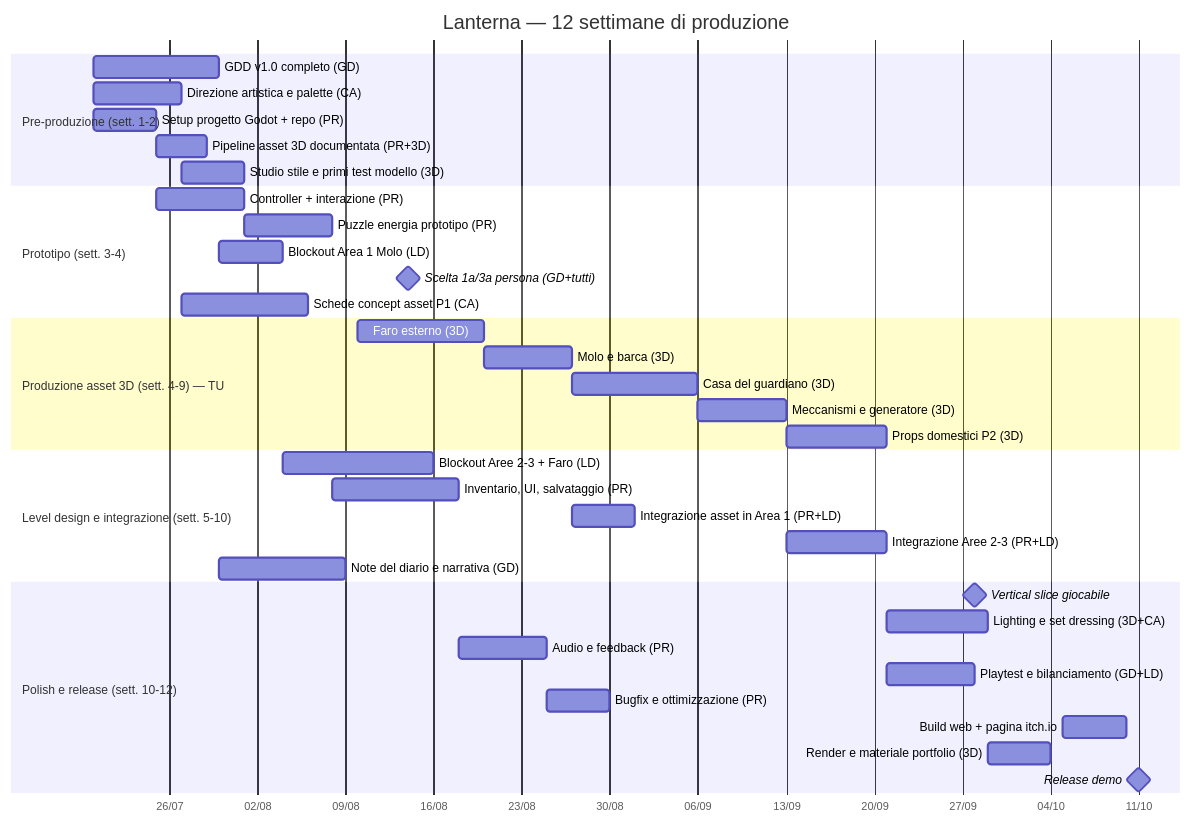
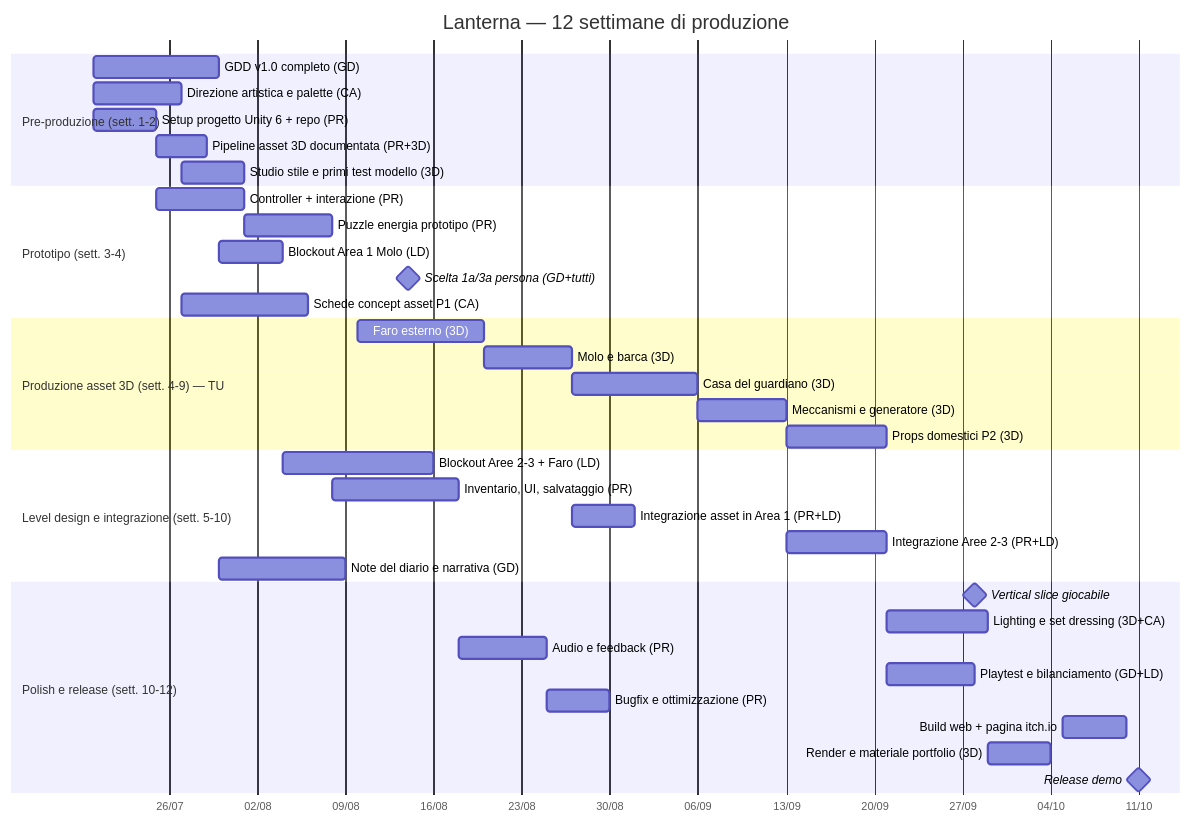
Before and after one commit to Fra360/prima-pr-demo: the diagram in docs/PIANO-DI-PRODUZIONE.md, drawn with Mermaid. The commit also changed other lines of this file and 2 other files, not shown here.

Commit message:
Passa da Godot 4 a Unity 6 come motore di gioco
Claude-Session: https://claude.ai/code/session_01RMeQ3SA41mTEVwfq5dV3iy

````diff
--- a/docs/PIANO-DI-PRODUZIONE.md
+++ b/docs/PIANO-DI-PRODUZIONE.md
@@ -12,44 +12,44 @@
 ```mermaid
 gantt
     title Lanterna — 12 settimane di produzione
     dateFormat  YYYY-MM-DD
     axisFormat  %d/%m
 
     section Pre-produzione (sett. 1-2)
     GDD v1.0 completo (GD)                 :gd1, 2026-07-20, 10d
     Direzione artistica e palette (CA)     :ca1, 2026-07-20, 7d
-    Setup progetto Godot + repo (PR)       :pr1, 2026-07-20, 5d
+    Setup progetto Unity 6 + repo (PR)     :pr1, 2026-07-20, 5d
     Pipeline asset 3D documentata (PR+3D)  :pr2, after pr1, 4d
     Studio stile e primi test modello (3D) :d31, after ca1, 5d
 
     section Prototipo (sett. 3-4)
     Controller + interazione (PR)          :pr3, after pr1, 7d
     Puzzle energia prototipo (PR)          :pr4, after pr3, 7d
     Blockout Area 1 Molo (LD)              :ld1, after gd1, 5d
     Scelta 1a/3a persona (GD+tutti)        :milestone, m1, 2026-08-14, 0d
     Schede concept asset P1 (CA)           :ca2, after ca1, 10d
 
     section Produzione asset 3D (sett. 4-9) — TU
     Faro esterno (3D)                      :d32, 2026-08-10, 10d
     Molo e barca (3D)                      :d33, after d32, 7d
     Casa del guardiano (3D)                :d34, after d33, 10d
     Meccanismi e generatore (3D)           :d35, after d34, 7d
     Props domestici P2 (3D)                :d36, after d35, 8d
 
     section Level design e integrazione (sett. 5-10)
     Blockout Aree 2-3 + Faro (LD)          :ld2, after ld1, 12d
     Inventario, UI, salvataggio (PR)       :pr5, after pr4, 10d
     Integrazione asset in Area 1 (PR+LD)   :int1, after d33, 5d
     Integrazione Aree 2-3 (PR+LD)          :int2, after d35, 8d
     Note del diario e narrativa (GD)       :gd2, after gd1, 10d
 
     section Polish e release (sett. 10-12)
     Vertical slice giocabile               :milestone, m2, 2026-09-28, 0d
     Lighting e set dressing (3D+CA)        :d37, after int2, 8d
     Audio e feedback (PR)                  :pr6, after pr5, 7d
     Playtest e bilanciamento (GD+LD)       :gd3, after int2, 7d
     Bugfix e ottimizzazione (PR)           :pr7, after pr6, 5d
     Build web + pagina itch.io             :rel1, 2026-10-05, 5d
     Render e materiale portfolio (3D)      :d38, after d37, 5d
     Release demo                           :milestone, m3, 2026-10-11, 0d
 ```
````
